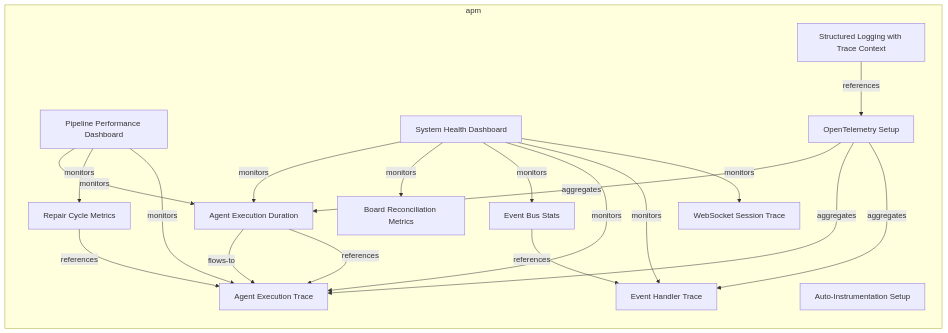
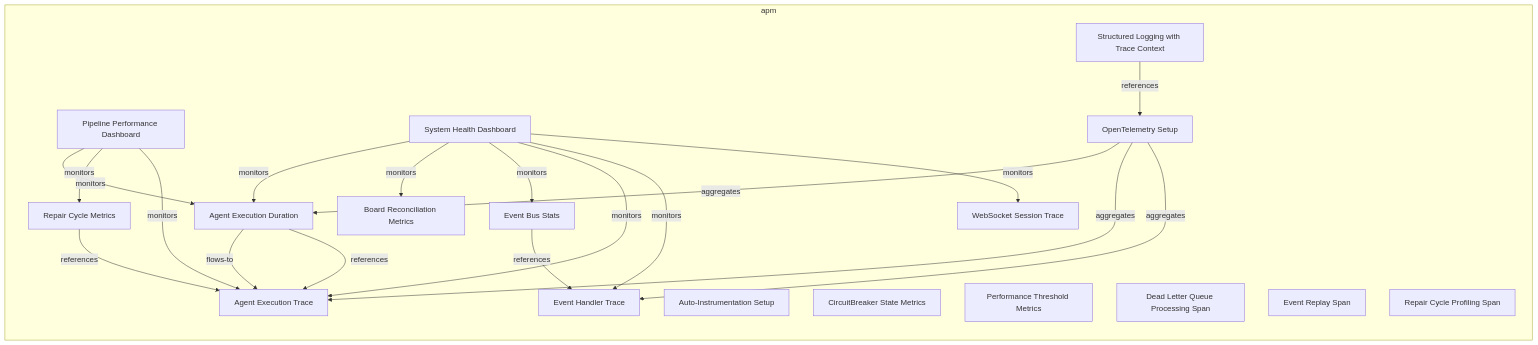
The first of 2 diagrams in documentation-robotics/reports/11-apm-layer-report.md (tinkermonkey/codetoreum), drawn with Mermaid before and after one commit. The commit also changed other lines of this file and 205 other files, not shown here.

````diff
--- a/documentation-robotics/reports/11-apm-layer-report.md
+++ b/documentation-robotics/reports/11-apm-layer-report.md
@@ -30,34 +30,39 @@
 ```mermaid
 flowchart LR
   subgraph apm
     apm_dashboard_pipeline_performance_dashboard["Pipeline Performance Dashboard"]
     apm_dashboard_system_health_dashboard["System Health Dashboard"]
     apm_instrumentationconfig_auto_instrumentation_setup["Auto-Instrumentation Setup"]
     apm_logconfiguration_structured_logging_with_trace_context["Structured Logging with Trace Context"]
     apm_metricinstrument_agent_execution_duration["Agent Execution Duration"]
     apm_metricinstrument_board_reconciliation_metrics["Board Reconciliation Metrics"]
+    apm_metricinstrument_circuit_breaker_state_metrics["CircuitBreaker State Metrics"]
     apm_metricinstrument_event_bus_stats["Event Bus Stats"]
+    apm_metricinstrument_performance_threshold_metrics["Performance Threshold Metrics"]
     apm_metricinstrument_repair_cycle_metrics["Repair Cycle Metrics"]
     apm_span_agent_execution_trace["Agent Execution Trace"]
+    apm_span_dead_letter_queue_processing_span["Dead Letter Queue Processing Span"]
     apm_span_event_handler_trace["Event Handler Trace"]
+    apm_span_event_replay_span["Event Replay Span"]
+    apm_span_repair_cycle_profiling_span["Repair Cycle Profiling Span"]
     apm_span_web_socket_session_trace["WebSocket Session Trace"]
     apm_traceconfiguration_open_telemetry_setup["OpenTelemetry Setup"]
     apm_dashboard_pipeline_performance_dashboard -->|monitors| apm_metricinstrument_agent_execution_duration
     apm_dashboard_pipeline_performance_dashboard -->|monitors| apm_metricinstrument_repair_cycle_metrics
     apm_dashboard_pipeline_performance_dashboard -->|monitors| apm_span_agent_execution_trace
     apm_dashboard_system_health_dashboard -->|monitors| apm_metricinstrument_agent_execution_duration
     apm_dashboard_system_health_dashboard -->|monitors| apm_metricinstrument_board_reconciliation_metrics
     apm_dashboard_system_health_dashboard -->|monitors| apm_metricinstrument_event_bus_stats
     apm_dashboard_system_health_dashboard -->|monitors| apm_span_agent_execution_trace
     apm_dashboard_system_health_dashboard -->|monitors| apm_span_event_handler_trace
     apm_dashboard_system_health_dashboard -->|monitors| apm_span_web_socket_session_trace
     apm_logconfiguration_structured_logging_with_trace_context -->|references| apm_traceconfiguration_open_telemetry_setup
     apm_metricinstrument_agent_execution_duration -->|flows-to| apm_span_agent_execution_trace
     apm_metricinstrument_agent_execution_duration -->|references| apm_span_agent_execution_trace
     apm_metricinstrument_event_bus_stats -->|references| apm_span_event_handler_trace
     apm_metricinstrument_repair_cycle_metrics -->|references| apm_span_agent_execution_trace
     apm_traceconfiguration_open_telemetry_setup -->|aggregates| apm_metricinstrument_agent_execution_duration
     apm_traceconfiguration_open_telemetry_setup -->|aggregates| apm_span_agent_execution_trace
     apm_traceconfiguration_open_telemetry_setup -->|aggregates| apm_span_event_handler_trace
   end
 ```
````
